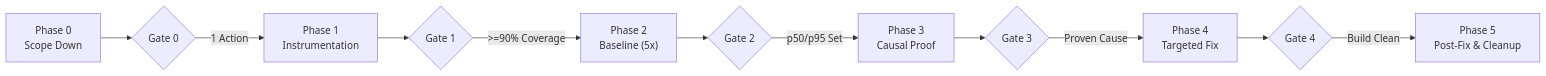
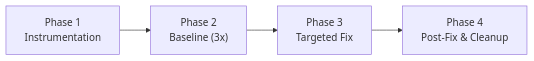
Before and after one commit to weglobal-git/my-crm: the second of 2 diagrams in .agents/skills/trace-performance-bottleneck/SKILL.md, drawn with Mermaid. The commit also changed other lines of this file and 16 other files, not shown here.

````diff
--- a/.agents/skills/trace-performance-bottleneck/SKILL.md
+++ b/.agents/skills/trace-performance-bottleneck/SKILL.md
@@ -17,13 +76,6 @@
 ```mermaid
 graph LR
-    P0["Phase 0<br/>Scope Down"] --> G0{Gate 0}
-    G0 -->|1 Action| P1["Phase 1<br/>Instrumentation"]
-    P1 --> G1{Gate 1}
-    G1 -->|>=90% Coverage| P2["Phase 2<br/>Baseline (5x)"]
-    P2 --> G2{Gate 2}
-    G2 -->|p50/p95 Set| P3["Phase 3<br/>Causal Proof"]
-    P3 --> G3{Gate 3}
-    G3 -->|Proven Cause| P4["Phase 4<br/>Targeted Fix"]
-    P4 --> G4{Gate 4}
-    G4 -->|Build Clean| P5["Phase 5<br/>Post-Fix & Cleanup"]
+    P1["Phase 1<br/>Instrumentation"] --> P2["Phase 2<br/>Baseline (3x)"]
+    P2 --> P3["Phase 3<br/>Targeted Fix"]
+    P3 --> P4["Phase 4<br/>Post-Fix & Cleanup"]
 ```
````
